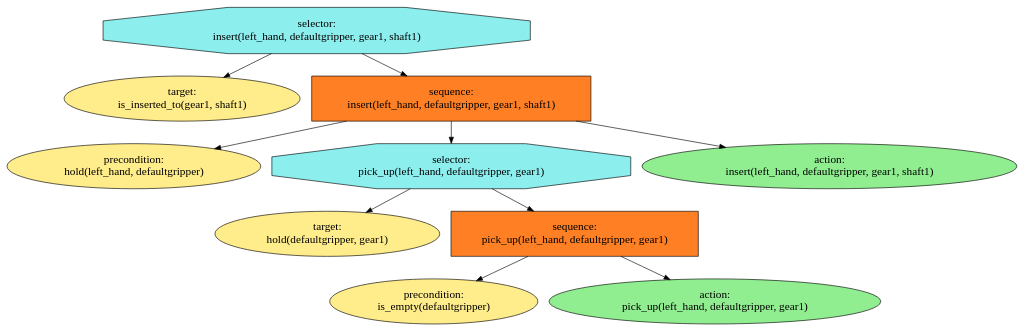
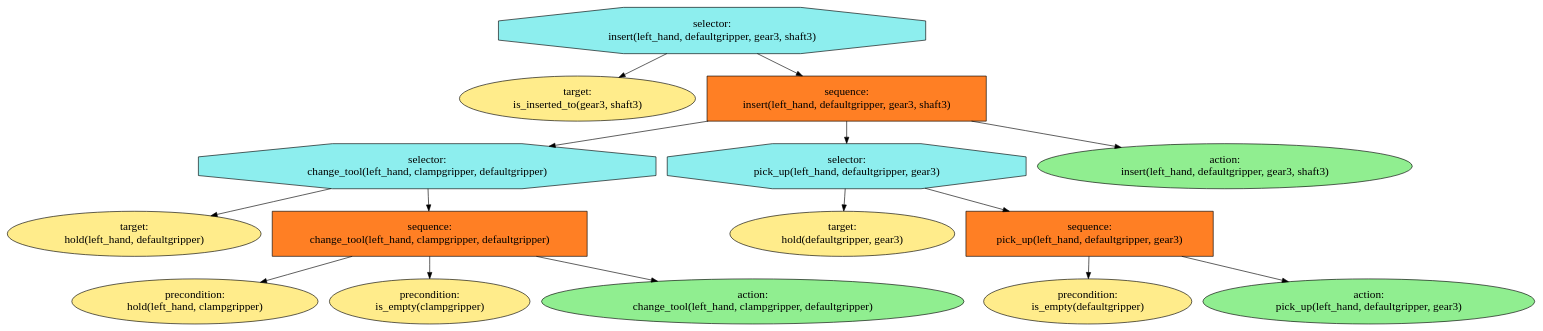
One commit to ProNeverFake/kios changed the diagram in kios_bt_planning/kios_utils/visualisation.dot. Above: the diagram before and after it, drawn with Graphviz. The commit also changed 6 other files, not shown here.

```diff
--- a/kios_bt_planning/kios_utils/visualisation.dot
+++ b/kios_bt_planning/kios_utils/visualisation.dot
@@ -1,63 +1,93 @@
 digraph pastafarianism {
 ordering=out;
 graph [fontname="times-roman"];
 node [fontname="times-roman"];
 edge [fontname="times-roman"];
 "selector:
- insert(left_hand, defaultgripper, gear1, shaft1)" [fillcolor=darkslategray2, fontcolor=black, fontsize=18, label="selector:
- insert(left_hand, defaultgripper, gear1, shaft1)", shape=octagon, style=filled];
+ insert(left_hand, defaultgripper, gear3, shaft3)" [fillcolor=darkslategray2, fontcolor=black, fontsize=18, label="selector:
+ insert(left_hand, defaultgripper, gear3, shaft3)", shape=octagon, style=filled];
 "target:
- is_inserted_to(gear1, shaft1)" [fillcolor=lightgoldenrod1, fontcolor=black, fontsize=18, height=1.0, label="target:
- is_inserted_to(gear1, shaft1)", shape=ellipse, style=filled];
+ is_inserted_to(gear3, shaft3)" [fillcolor=lightgoldenrod1, fontcolor=black, fontsize=18, height=1.0, label="target:
+ is_inserted_to(gear3, shaft3)", shape=ellipse, style=filled];
 "selector:
- insert(left_hand, defaultgripper, gear1, shaft1)" -> "target:
- is_inserted_to(gear1, shaft1)";
+ insert(left_hand, defaultgripper, gear3, shaft3)" -> "target:
+ is_inserted_to(gear3, shaft3)";
 "sequence:
- insert(left_hand, defaultgripper, gear1, shaft1)" [fillcolor=chocolate1, fontcolor=black, fontsize=18, height=1.0, label="sequence:
- insert(left_hand, defaultgripper, gear1, shaft1)", shape=box, style=filled];
+ insert(left_hand, defaultgripper, gear3, shaft3)" [fillcolor=chocolate1, fontcolor=black, fontsize=18, height=1.0, label="sequence:
+ insert(left_hand, defaultgripper, gear3, shaft3)", shape=box, style=filled];
 "selector:
- insert(left_hand, defaultgripper, gear1, shaft1)" -> "sequence:
- insert(left_hand, defaultgripper, gear1, shaft1)";
+ insert(left_hand, defaultgripper, gear3, shaft3)" -> "sequence:
+ insert(left_hand, defaultgripper, gear3, shaft3)";
+"selector:
+ change_tool(left_hand, clampgripper, defaultgripper)" [fillcolor=darkslategray2, fontcolor=black, fontsize=18, height=1.0, label="selector:
+ change_tool(left_hand, clampgripper, defaultgripper)", shape=octagon, style=filled];
+"sequence:
+ insert(left_hand, defaultgripper, gear3, shaft3)" -> "selector:
+ change_tool(left_hand, clampgripper, defaultgripper)";
+"target:
+ hold(left_hand, defaultgripper)" [fillcolor=lightgoldenrod1, fontcolor=black, fontsize=18, height=1.0, label="target:
+ hold(left_hand, defaultgripper)", shape=ellipse, style=filled];
+"selector:
+ change_tool(left_hand, clampgripper, defaultgripper)" -> "target:
+ hold(left_hand, defaultgripper)";
+"sequence:
+ change_tool(left_hand, clampgripper, defaultgripper)" [fillcolor=chocolate1, fontcolor=black, fontsize=18, height=1.0, label="sequence:
+ change_tool(left_hand, clampgripper, defaultgripper)", shape=box, style=filled];
+"selector:
+ change_tool(left_hand, clampgripper, defaultgripper)" -> "sequence:
+ change_tool(left_hand, clampgripper, defaultgripper)";
 "precondition:
- hold(left_hand, defaultgripper)" [fillcolor=lightgoldenrod1, fontcolor=black, fontsize=18, height=1.0, label="precondition:
- hold(left_hand, defaultgripper)", shape=ellipse, style=filled];
+ hold(left_hand, clampgripper)" [fillcolor=lightgoldenrod1, fontcolor=black, fontsize=18, height=1.0, label="precondition:
+ hold(left_hand, clampgripper)", shape=ellipse, style=filled];
 "sequence:
- insert(left_hand, defaultgripper, gear1, shaft1)" -> "precondition:
- hold(left_hand, defaultgripper)";
+ change_tool(left_hand, clampgripper, defaultgripper)" -> "precondition:
+ hold(left_hand, clampgripper)";
+"precondition:
+ is_empty(clampgripper)" [fillcolor=lightgoldenrod1, fontcolor=black, fontsize=18, height=1.0, label="precondition:
+ is_empty(clampgripper)", shape=ellipse, style=filled];
+"sequence:
+ change_tool(left_hand, clampgripper, defaultgripper)" -> "precondition:
+ is_empty(clampgripper)";
+"action:
+ change_tool(left_hand, clampgripper, defaultgripper)" [fillcolor=lightgreen, fontcolor=black, fontsize=18, height=1.0, label="action:
+ change_tool(left_hand, clampgripper, defaultgripper)", shape=ellipse, style=filled];
+"sequence:
+ change_tool(left_hand, clampgripper, defaultgripper)" -> "action:
+ change_tool(left_hand, clampgripper, defaultgripper)";
 "selector:
- pick_up(left_hand, defaultgripper, gear1)" [fillcolor=darkslategray2, fontcolor=black, fontsize=18, height=1.0, label="selector:
- pick_up(left_hand, defaultgripper, gear1)", shape=octagon, style=filled];
+ pick_up(left_hand, defaultgripper, gear3)" [fillcolor=darkslategray2, fontcolor=black, fontsize=18, height=1.0, label="selector:
+ pick_up(left_hand, defaultgripper, gear3)", shape=octagon, style=filled];
 "sequence:
- insert(left_hand, defaultgripper, gear1, shaft1)" -> "selector:
- pick_up(left_hand, defaultgripper, gear1)";
+ insert(left_hand, defaultgripper, gear3, shaft3)" -> "selector:
+ pick_up(left_hand, defaultgripper, gear3)";
 "target:
- hold(defaultgripper, gear1)" [fillcolor=lightgoldenrod1, fontcolor=black, fontsize=18, height=1.0, label="target:
- hold(defaultgripper, gear1)", shape=ellipse, style=filled];
+ hold(defaultgripper, gear3)" [fillcolor=lightgoldenrod1, fontcolor=black, fontsize=18, height=1.0, label="target:
+ hold(defaultgripper, gear3)", shape=ellipse, style=filled];
 "selector:
- pick_up(left_hand, defaultgripper, gear1)" -> "target:
- hold(defaultgripper, gear1)";
+ pick_up(left_hand, defaultgripper, gear3)" -> "target:
+ hold(defaultgripper, gear3)";
 "sequence:
- pick_up(left_hand, defaultgripper, gear1)" [fillcolor=chocolate1, fontcolor=black, fontsize=18, height=1.0, label="sequence:
- pick_up(left_hand, defaultgripper, gear1)", shape=box, style=filled];
+ pick_up(left_hand, defaultgripper, gear3)" [fillcolor=chocolate1, fontcolor=black, fontsize=18, height=1.0, label="sequence:
+ pick_up(left_hand, defaultgripper, gear3)", shape=box, style=filled];
 "selector:
- pick_up(left_hand, defaultgripper, gear1)" -> "sequence:
- pick_up(left_hand, defaultgripper, gear1)";
+ pick_up(left_hand, defaultgripper, gear3)" -> "sequence:
+ pick_up(left_hand, defaultgripper, gear3)";
 "precondition:
  is_empty(defaultgripper)" [fillcolor=lightgoldenrod1, fontcolor=black, fontsize=18, height=1.0, label="precondition:
  is_empty(defaultgripper)", shape=ellipse, style=filled];
 "sequence:
- pick_up(left_hand, defaultgripper, gear1)" -> "precondition:
+ pick_up(left_hand, defaultgripper, gear3)" -> "precondition:
  is_empty(defaultgripper)";
 "action:
- pick_up(left_hand, defaultgripper, gear1)" [fillcolor=lightgreen, fontcolor=black, fontsize=18, height=1.0, label="action:
- pick_up(left_hand, defaultgripper, gear1)", shape=ellipse, style=filled];
+ pick_up(left_hand, defaultgripper, gear3)" [fillcolor=lightgreen, fontcolor=black, fontsize=18, height=1.0, label="action:
+ pick_up(left_hand, defaultgripper, gear3)", shape=ellipse, style=filled];
 "sequence:
- pick_up(left_hand, defaultgripper, gear1)" -> "action:
- pick_up(left_hand, defaultgripper, gear1)";
+ pick_up(left_hand, defaultgripper, gear3)" -> "action:
+ pick_up(left_hand, defaultgripper, gear3)";
 "action:
- insert(left_hand, defaultgripper, gear1, shaft1)" [fillcolor=lightgreen, fontcolor=black, fontsize=18, height=1.0, label="action:
- insert(left_hand, defaultgripper, gear1, shaft1)", shape=ellipse, style=filled];
+ insert(left_hand, defaultgripper, gear3, shaft3)" [fillcolor=lightgreen, fontcolor=black, fontsize=18, height=1.0, label="action:
+ insert(left_hand, defaultgripper, gear3, shaft3)", shape=ellipse, style=filled];
 "sequence:
- insert(left_hand, defaultgripper, gear1, shaft1)" -> "action:
- insert(left_hand, defaultgripper, gear1, shaft1)";
+ insert(left_hand, defaultgripper, gear3, shaft3)" -> "action:
+ insert(left_hand, defaultgripper, gear3, shaft3)";
 }
```
